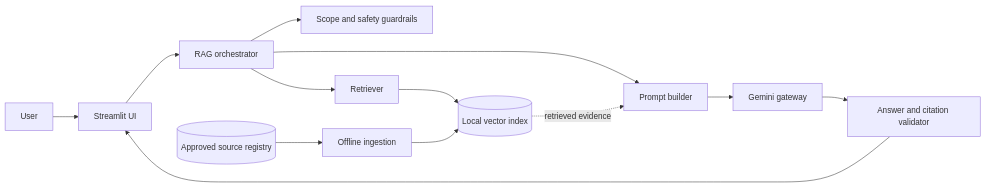
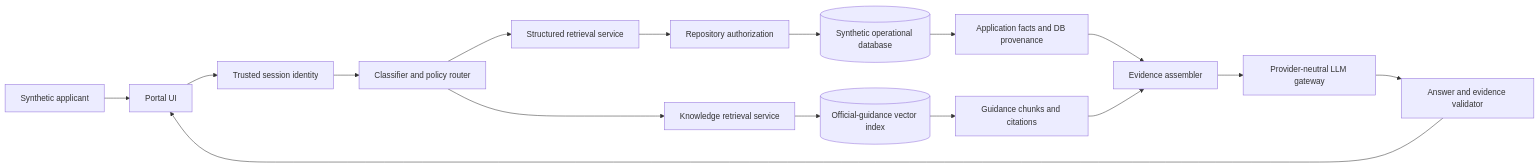
One commit to vaishnaviyadav696/visa-assist-rag changed the first of 7 diagrams in docs/whiteboard.md. Above: the diagram before and after it, drawn with Mermaid. The commit also changed other lines of this file and 15 other files, not shown here.

Commit message:
docs: redesign Visa Assist for post-application hybrid retrieval

````diff
--- a/docs/whiteboard.md
+++ b/docs/whiteboard.md
@@ -8,16 +8,18 @@
 ```mermaid
 flowchart LR
-    User[User] --> UI[Streamlit UI]
-    UI --> App[RAG orchestrator]
-    App --> Guardrails[Scope and safety guardrails]
-    App --> Retriever[Retriever]
-    Retriever --> Index[(Local vector index)]
-    App --> Prompt[Prompt builder]
-    Prompt --> LLM[Gemini gateway]
-    LLM --> Validator[Answer and citation validator]
-    Validator --> UI
-
-    Registry[(Approved source registry)] --> Ingestion[Offline ingestion]
-    Ingestion --> Index
-    Index -. retrieved evidence .-> Prompt
+    User[Synthetic applicant] --> Portal[Portal UI]
+    Portal --> Identity[Trusted session identity]
+    Identity --> Router[Classifier and policy router]
+    Router --> SQLService[Structured retrieval service]
+    Router --> KBService[Knowledge retrieval service]
+    SQLService --> Authz[Repository authorization]
+    Authz --> DB[(Synthetic operational database)]
+    KBService --> Vector[(Official-guidance vector index)]
+    DB --> SQLEvidence[Application facts and DB provenance]
+    Vector --> KBEvidence[Guidance chunks and citations]
+    SQLEvidence --> Orchestrator[Evidence assembler]
+    KBEvidence --> Orchestrator
+    Orchestrator --> LLM[Provider-neutral LLM gateway]
+    LLM --> Validator[Answer and evidence validator]
+    Validator --> Portal
 ```
````
